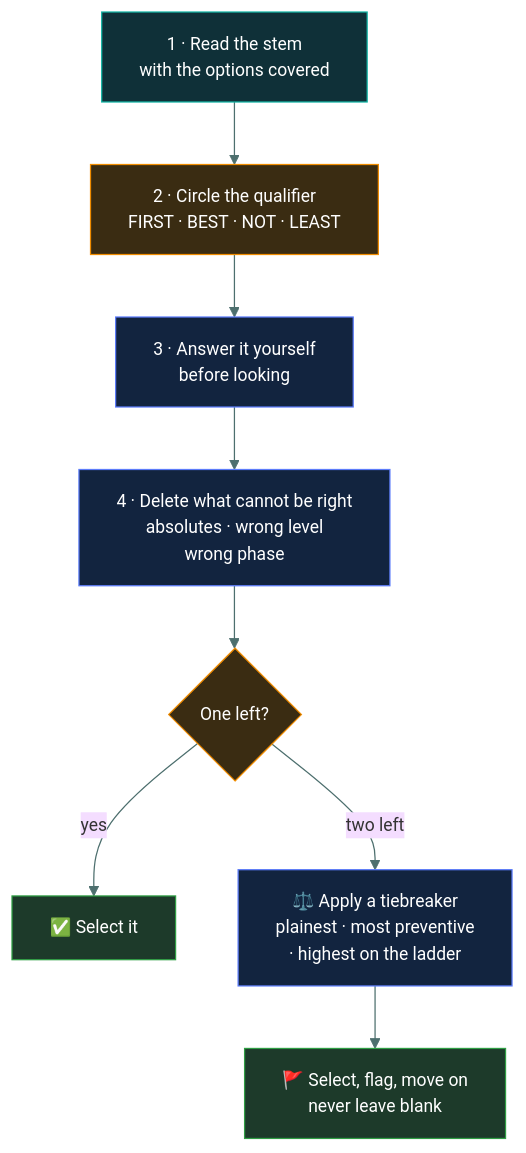
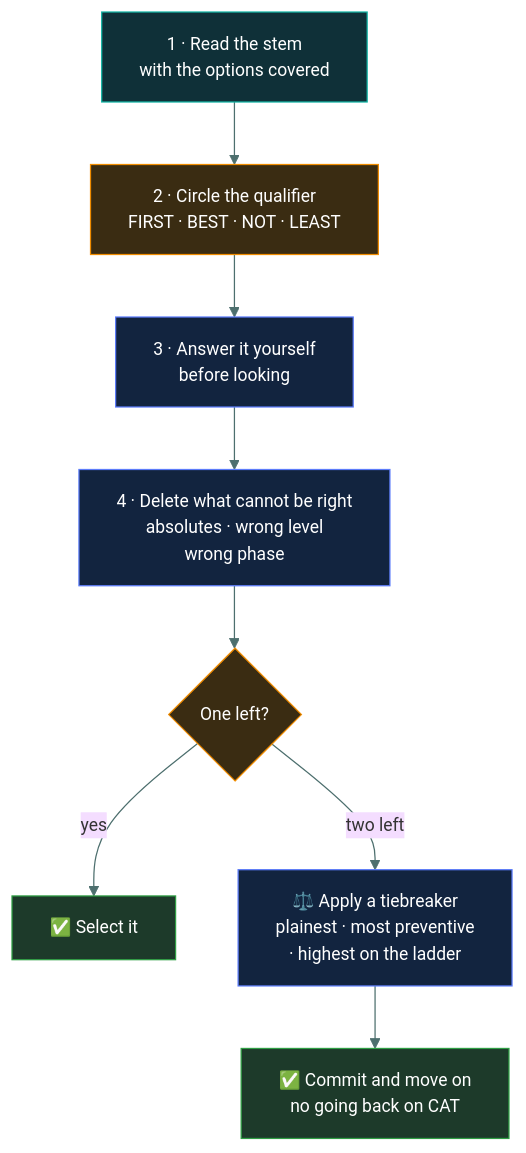
One commit to tarunTejaDesireddy/cc-exam-prep changed the diagram in 00-foundations/answering-technique/README.md. Above: the diagram before and after it, drawn with Mermaid. The commit also changed other lines of this file and 3 other files, not shown here.

````diff
--- a/00-foundations/answering-technique/README.md
+++ b/00-foundations/answering-technique/README.md
@@ -55,20 +56,20 @@
 ```mermaid
 %%{init: {'theme':'base','themeVariables':{'fontSize':'14px','lineColor':'#4d6f6e','textColor':'#dbe7e6'}}}%%
 flowchart TD
     S1["1 · Read the stem<br/>with the options covered"] --> S2["2 · Circle the qualifier<br/>FIRST · BEST · NOT · LEAST"]
     S2 --> S3["3 · Answer it yourself<br/>before looking"]
     S3 --> S4["4 · Delete what cannot be right<br/>absolutes · wrong level<br/>wrong phase"]
     S4 --> S5{"One left?"}
     S5 -->|yes| K["✅ Select it"]
     S5 -->|"two left"| T["⚖️ Apply a tiebreaker<br/>plainest · most preventive<br/>· highest on the ladder"]
-    T --> G["🚩 Select, flag, move on<br/>never leave blank"]
+    T --> G["✅ Commit and move on<br/>no going back on CAT"]
 
     style S1 fill:#0f3038,stroke:#12B5A5,color:#fff
     style S2 fill:#3a2c12,stroke:#F08C00,color:#fff
     style S3 fill:#12243f,stroke:#5C7CFA,color:#fff
     style S4 fill:#12243f,stroke:#5C7CFA,color:#fff
     style S5 fill:#3a2c12,stroke:#F08C00,color:#fff
     style K fill:#1d3a2a,stroke:#2F9E44,color:#fff
     style T fill:#12243f,stroke:#5C7CFA,color:#fff
     style G fill:#1d3a2a,stroke:#2F9E44,color:#fff
 ```
````
